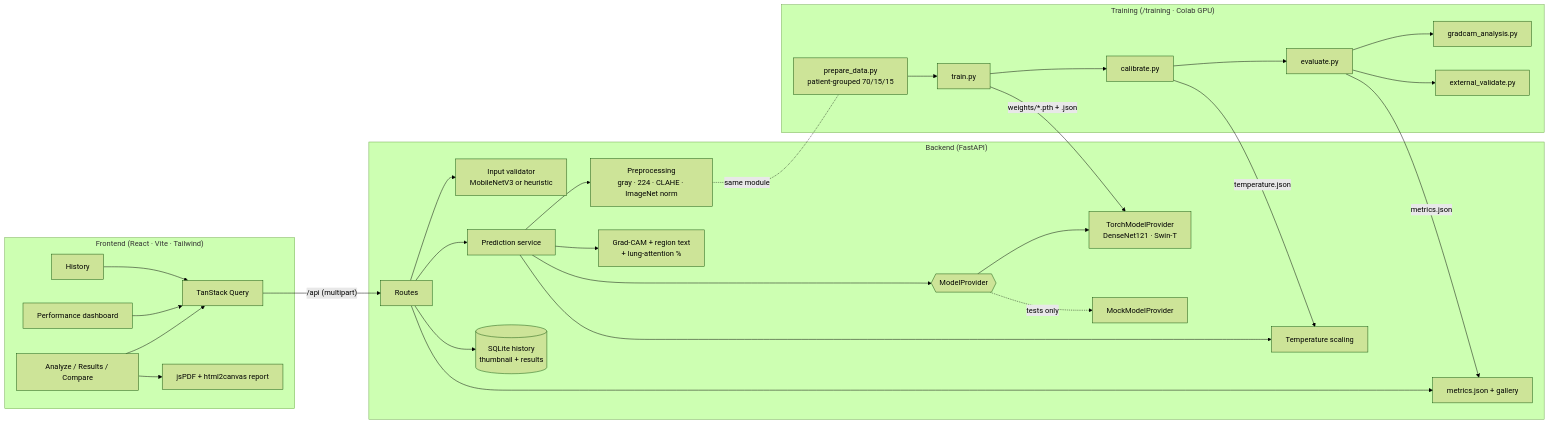
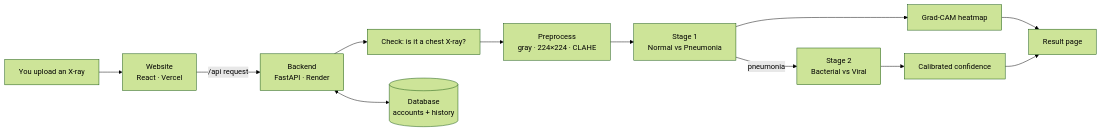
Before and after one commit to UzumakiAnirudh/Pneumonia-Check: the diagram in README.md, drawn with Mermaid (forest theme). The commit also changed other lines of this file and 26 other files, not shown here.

Commit message:
Beginner-to-expert guide (docs/guide), data downloader, Swin x86 fix

````diff
--- a/README.md
+++ b/README.md
@@ -23,35 +46,14 @@
 ```mermaid
 flowchart LR
-  subgraph Browser["Frontend (React · Vite · Tailwind)"]
-    UI[Analyze / Results / Compare] --> Q[TanStack Query]
-    Dash[Performance dashboard] --> Q
-    Hist[History] --> Q
-    UI --> PDF[jsPDF + html2canvas report]
-  end
-
-  Q -- "/api (multipart)" --> API
-
-  subgraph Backend["Backend (FastAPI)"]
-    API[Routes] --> V[Input validator<br/>MobileNetV3 or heuristic]
-    API --> P[Prediction service]
-    P --> PRE[Preprocessing<br/>gray · 224 · CLAHE · ImageNet norm]
-    P --> MP{{ModelProvider}}
-    MP --> REAL[TorchModelProvider<br/>DenseNet121 · Swin-T]
-    MP -.->|tests only| MOCK[MockModelProvider]
-    P --> CAL[Temperature scaling]
-    P --> CAM[Grad-CAM + region text<br/>+ lung-attention %]
-    API --> DB[(SQLite history<br/>thumbnail + results)]
-    API --> MET[metrics.json + gallery]
-  end
-
-  subgraph Training["Training (/training · Colab GPU)"]
-    PREP[prepare_data.py<br/>patient-grouped 70/15/15] --> TR[train.py] --> CALB[calibrate.py] --> EV[evaluate.py]
-    EV --> GC[gradcam_analysis.py]
-    EV --> EXT[external_validate.py]
-  end
-
-  TR -- "weights/*.pth + .json" --> REAL
-  CALB -- temperature.json --> CAL
-  EV -- metrics.json --> MET
-  PRE -. same module .- PREP
+  A[You upload an X-ray] --> B[Website<br/>React · Vercel]
+  B -- "/api request" --> C[Backend<br/>FastAPI · Render]
+  C --> D[Check: is it a chest X-ray?]
+  D --> E[Preprocess<br/>gray · 224×224 · CLAHE]
+  E --> F[Stage 1<br/>Normal vs Pneumonia]
+  F -- pneumonia --> G[Stage 2<br/>Bacterial vs Viral]
+  F --> H[Grad-CAM heatmap]
+  G --> I[Calibrated confidence]
+  H --> J[Result page]
+  I --> J
+  C <--> K[(Database<br/>accounts + history)]
 ```
````
